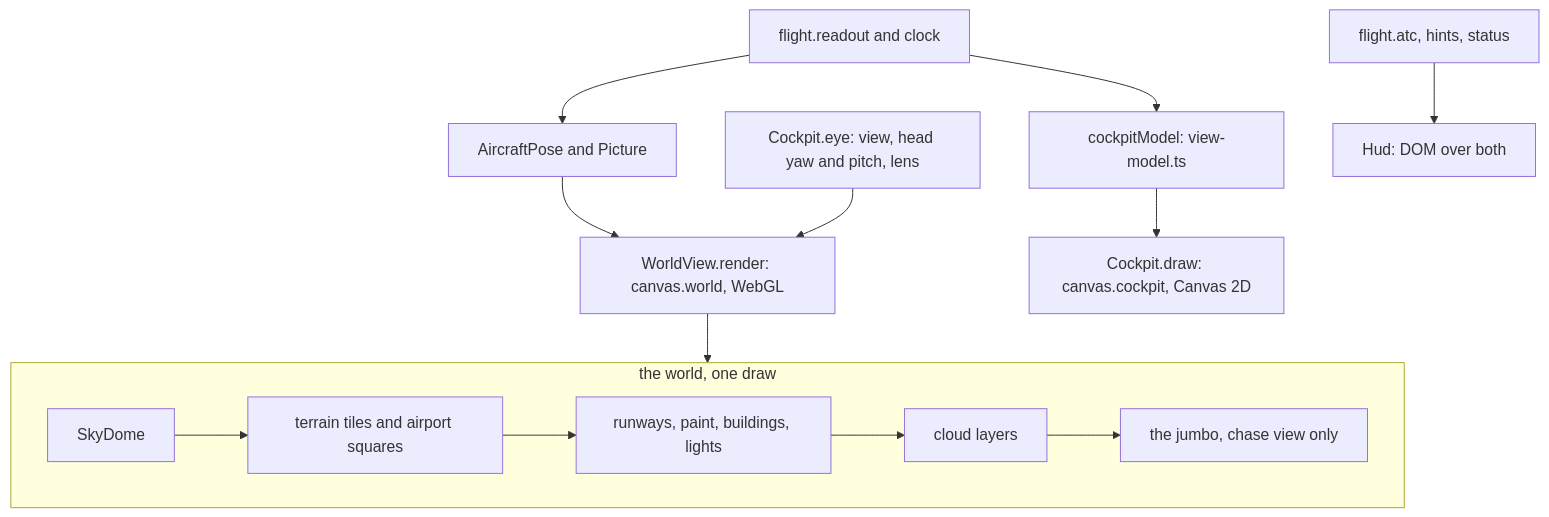
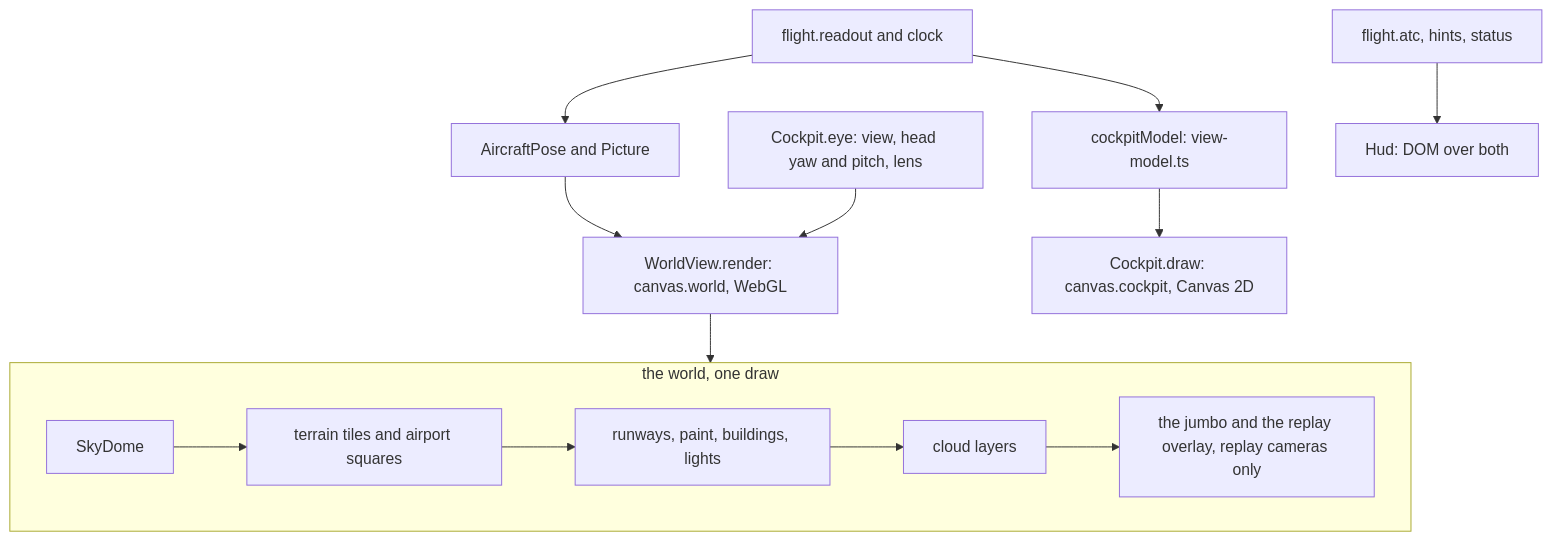
One commit to agunawijaya/NeoArcade changed diagram 13 of 14 in ports/flight-312/docs/ARCHITECTURE.md. Above: the diagram before and after it, drawn with Mermaid. The commit also changed other lines of this file and 125 other files, not shown here.

````diff
--- a/ports/flight-312/docs/ARCHITECTURE.md
+++ b/ports/flight-312/docs/ARCHITECTURE.md
@@ -548,16 +872,16 @@
 ```mermaid
 flowchart TB
   readout["flight.readout and clock"] --> pose["AircraftPose and Picture"]
   pose --> worldView["WorldView.render: canvas.world, WebGL"]
   eye["Cockpit.eye: view, head yaw and pitch, lens"] --> worldView
   readout --> model["cockpitModel: view-model.ts"]
   model --> cockpit["Cockpit.draw: canvas.cockpit, Canvas 2D"]
   flight["flight.atc, hints, status"] --> hud["Hud: DOM over both"]
   subgraph world["the world, one draw"]
     sky["SkyDome"] --> terrain["terrain tiles and airport squares"]
     terrain --> airports["runways, paint, buildings, lights"]
     airports --> clouds["cloud layers"]
-    clouds --> jumbo["the jumbo, chase view only"]
+    clouds --> jumbo["the jumbo and the replay overlay, replay cameras only"]
   end
   worldView --> world
 ```
````
